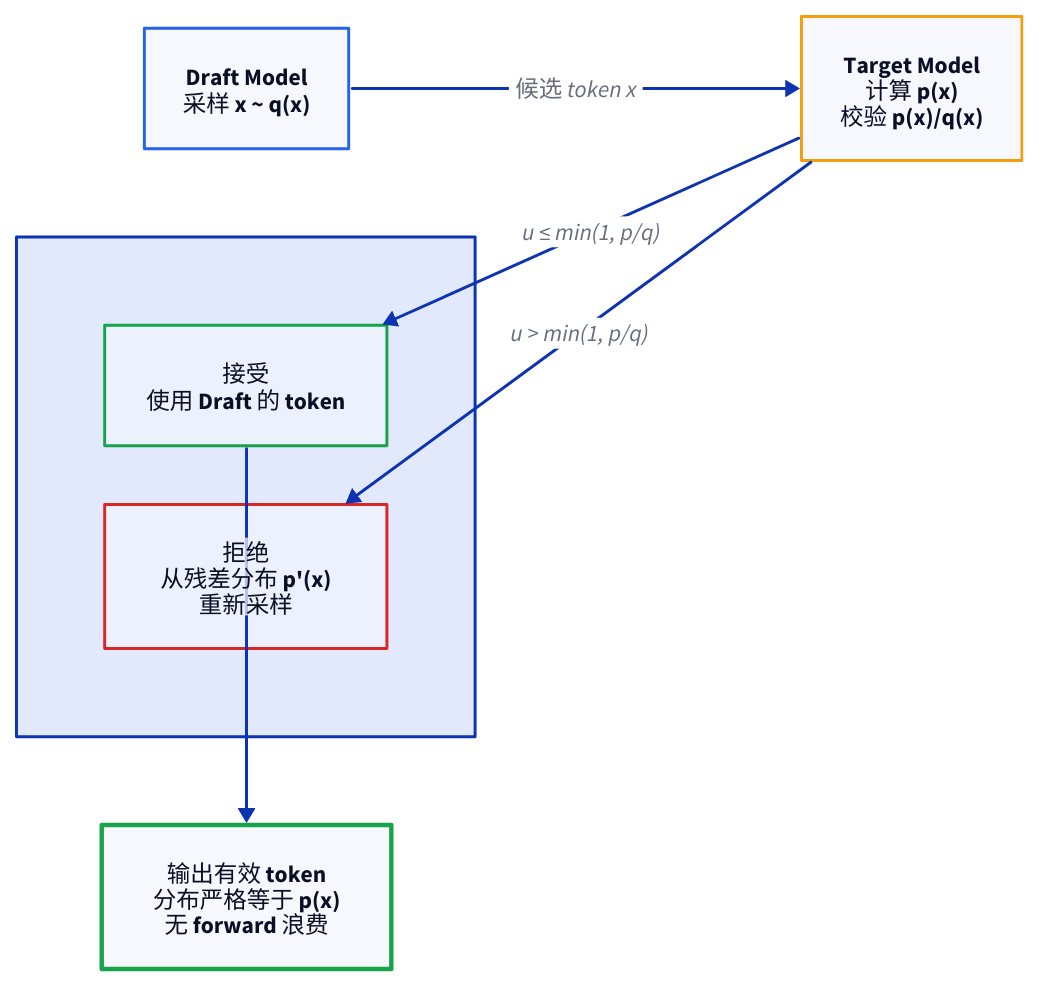
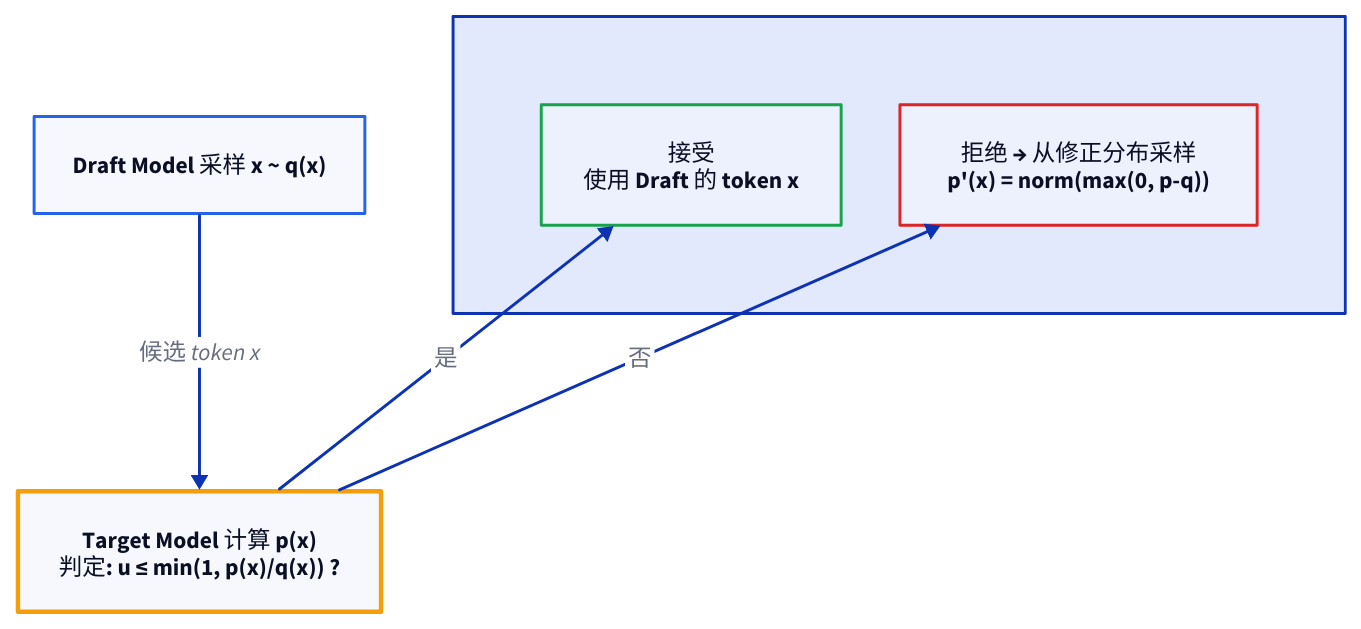
The diagram in images/speculative-decoding-rejection-sampling/sd-verify-flow.d2 (111qqz/111qqz.github.io), drawn with D2 before and after one commit. The commit also changed 580 other files, not shown here.

```diff
--- a/images/speculative-decoding-rejection-sampling/sd-verify-flow.d2
+++ b/images/speculative-decoding-rejection-sampling/sd-verify-flow.d2
@@ -1,38 +1,31 @@
-direction: right
+direction: down
 
-draft: "Draft Model\n采样 x ~ q(x)" {
+draft: "Draft Model 采样 x ~ q(x)" {
   style.stroke: "#2563eb"
   style.bold: true
 }
 
-verify: "Target Model\n计算 p(x)\n校验 p(x)/q(x)" {
+verify: "Target Model 计算 p(x)\n判定: u ≤ min(1, p(x)/q(x)) ?" {
   style.stroke: "#f59e0b"
   style.bold: true
+  style.stroke-width: 3
 }
 
-branch: {
-  grid-columns: 1
+result: {
+  grid-columns: 2
   label: ""
 
-  accept_box: "接受\n使用 Draft 的 token" {
+  accept: "接受\n使用 Draft 的 token x" {
     style.stroke: "#16a34a"
     style.bold: true
   }
 
-  resample: "拒绝\n从残差分布 p'(x)\n重新采样" {
+  reject_resample: "拒绝 → 从修正分布采样\np'(x) = norm(max(0, p-q))" {
     style.stroke: "#dc2626"
     style.bold: true
   }
 }
 
-output_node: "输出有效 token\n分布严格等于 p(x)\n无 forward 浪费" {
-  style.stroke: "#16a34a"
-  style.stroke-width: 3
-  style.bold: true
-}
-
 draft -> verify: "候选 token x"
-verify -> branch.accept_box: "u ≤ min(1, p/q)"
-verify -> branch.resample: "u > min(1, p/q)"
-branch.accept_box -> output_node
-branch.resample -> output_node
+verify -> result.accept: "是"
+verify -> result.reject_resample: "否"
```
